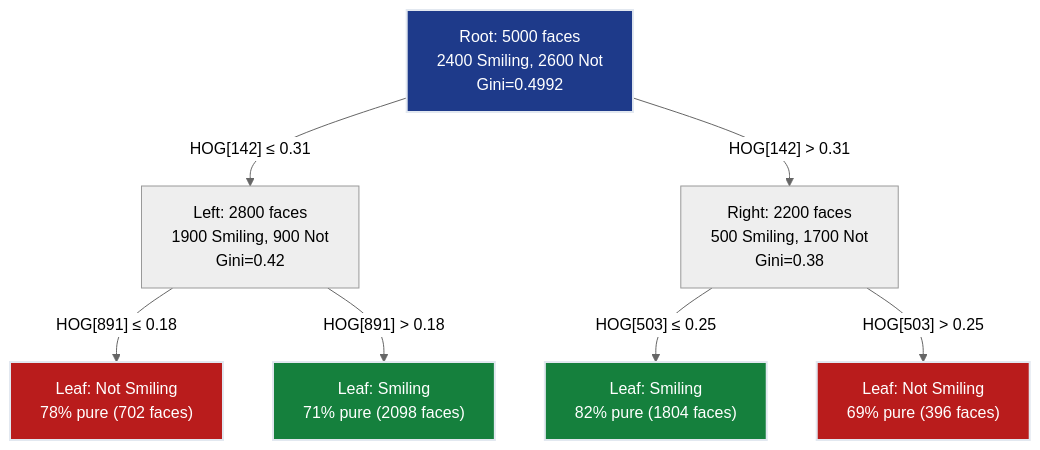
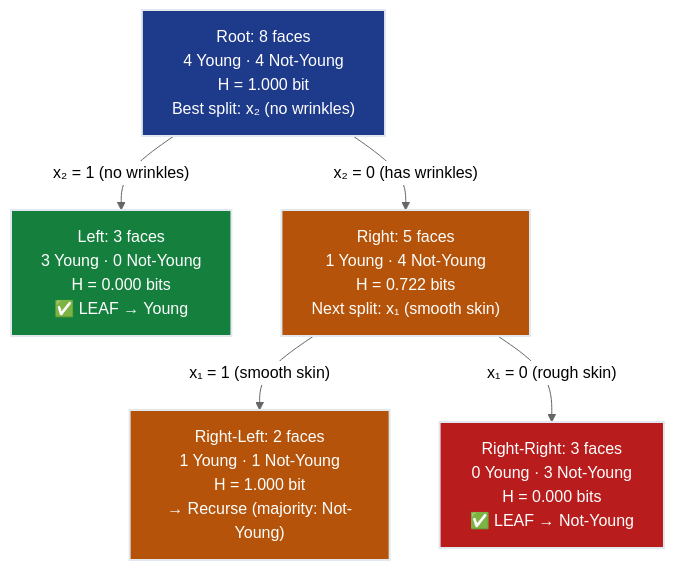
Before and after one commit to deepakshamsft/ai-portfolio: the second of 3 diagrams in notes/01-ml/02_classification/ch02_classical_classifiers/README.md, drawn with Mermaid (neutral theme). The commit also changed other lines of this file and 727 other files, not shown here.

````diff
--- a/notes/01-ml/02_classification/ch02_classical_classifiers/README.md
+++ b/notes/01-ml/02_classification/ch02_classical_classifiers/README.md
@@ -250,15 +488,19 @@
 ```mermaid
 graph TD
-    A["Root: 5000 faces<br/>2400 Smiling, 2600 Not<br/>Gini=0.4992"] -->|"HOG[142] ≤ 0.31"| B["Left: 2800 faces<br/>1900 Smiling, 900 Not<br/>Gini=0.42"]
-    A -->|"HOG[142] > 0.31"| C["Right: 2200 faces<br/>500 Smiling, 1700 Not<br/>Gini=0.38"]
-    B -->|"HOG[891] ≤ 0.18"| D["Leaf: Not Smiling<br/>78% pure (702 faces)"]
-    B -->|"HOG[891] > 0.18"| E["Leaf: Smiling<br/>71% pure (2098 faces)"]
-    C -->|"HOG[503] ≤ 0.25"| F["Leaf: Smiling<br/>82% pure (1804 faces)"]
-    C -->|"HOG[503] > 0.25"| G["Leaf: Not Smiling<br/>69% pure (396 faces)"]
-    
-    style A fill:#1e3a8a,stroke:#e2e8f0,stroke-width:2px,color:#ffffff
-    style D fill:#b91c1c,stroke:#e2e8f0,stroke-width:2px,color:#ffffff
-    style E fill:#15803d,stroke:#e2e8f0,stroke-width:2px,color:#ffffff
-    style F fill:#15803d,stroke:#e2e8f0,stroke-width:2px,color:#ffffff
-    style G fill:#b91c1c,stroke:#e2e8f0,stroke-width:2px,color:#ffffff
+    ROOT["Root: 8 faces<br/>4 Young · 4 Not-Young<br/>H = 1.000 bit<br/>Best split: x₂ (no wrinkles)"]
+    L1["Left: 3 faces<br/>3 Young · 0 Not-Young<br/>H = 0.000 bits<br/>✅ LEAF → Young"]
+    R1["Right: 5 faces<br/>1 Young · 4 Not-Young<br/>H = 0.722 bits<br/>Next split: x₁ (smooth skin)"]
+    RL["Right-Left: 2 faces<br/>1 Young · 1 Not-Young<br/>H = 1.000 bit<br/>→ Recurse (majority: Not-Young)"]
+    RR["Right-Right: 3 faces<br/>0 Young · 3 Not-Young<br/>H = 0.000 bits<br/>✅ LEAF → Not-Young"]
+
+    ROOT -->|"x₂ = 1  (no wrinkles)"| L1
+    ROOT -->|"x₂ = 0  (has wrinkles)"| R1
+    R1   -->|"x₁ = 1  (smooth skin)"| RL
+    R1   -->|"x₁ = 0  (rough skin)"| RR
+
+    style ROOT fill:#1e3a8a,stroke:#e2e8f0,stroke-width:2px,color:#ffffff
+    style L1   fill:#15803d,stroke:#e2e8f0,stroke-width:2px,color:#ffffff
+    style R1   fill:#b45309,stroke:#e2e8f0,stroke-width:2px,color:#ffffff
+    style RL   fill:#b45309,stroke:#e2e8f0,stroke-width:2px,color:#ffffff
+    style RR   fill:#b91c1c,stroke:#e2e8f0,stroke-width:2px,color:#ffffff
 ```
````
